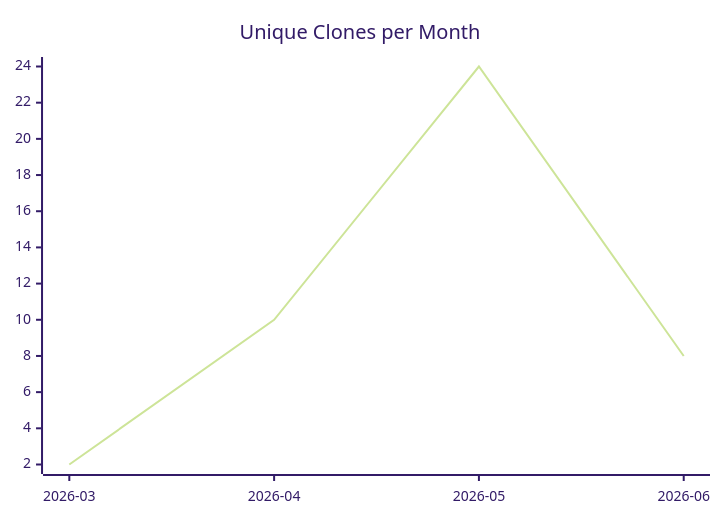
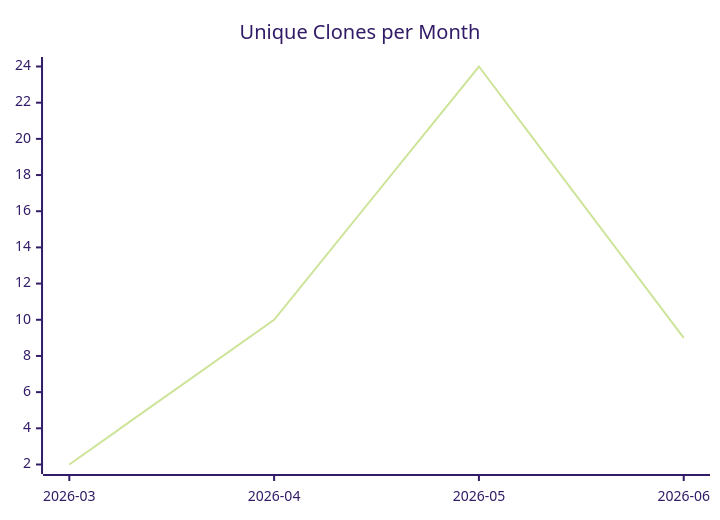
Before and after one commit to justdavis-family/github-analytics-data: the third of 3 diagrams in karlmdavis/xmlpull/README.md, drawn with Mermaid (forest theme). The commit also changed other lines of this file and 200 other files, not shown here.

````diff
--- a/karlmdavis/xmlpull/README.md
+++ b/karlmdavis/xmlpull/README.md
@@ -19,6 +19,6 @@
 ```mermaid
 xychart-beta
   title "Unique Clones per Month"
   x-axis ["2026-03", "2026-04", "2026-05", "2026-06"]
-  line [2, 10, 24, 8]
+  line [2, 10, 24, 9]
 ```
````
